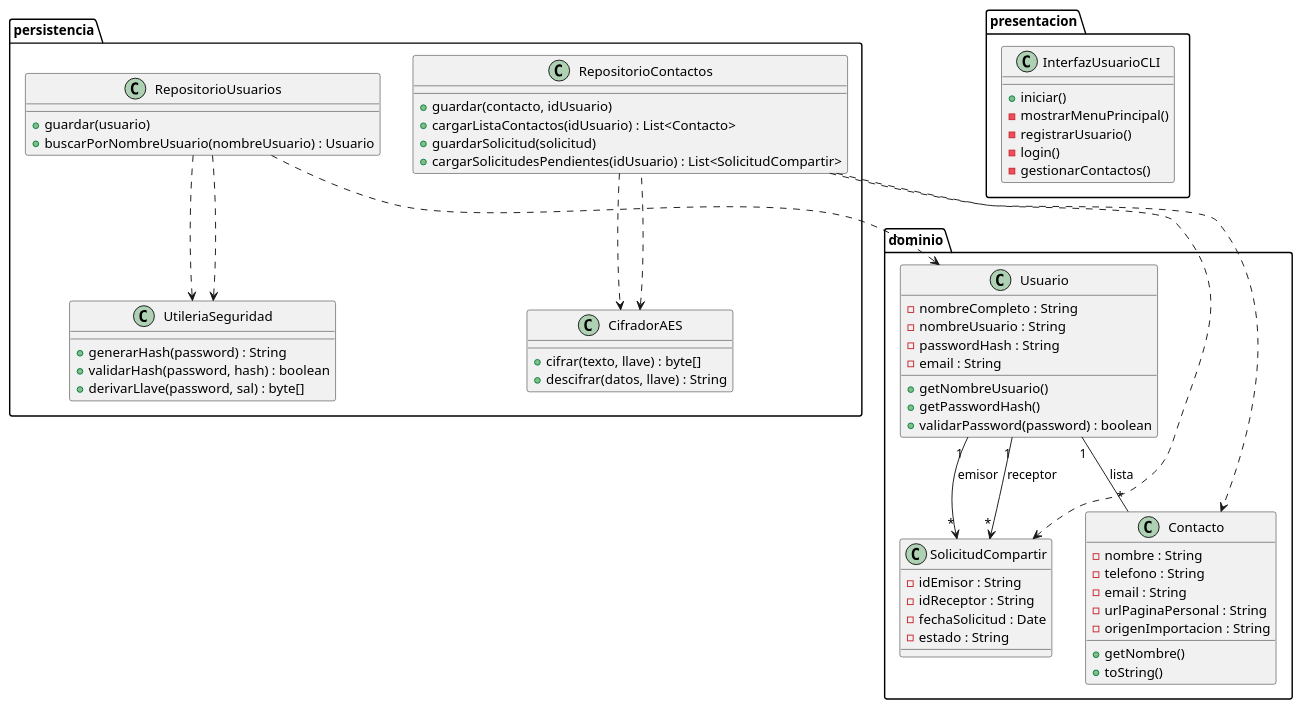
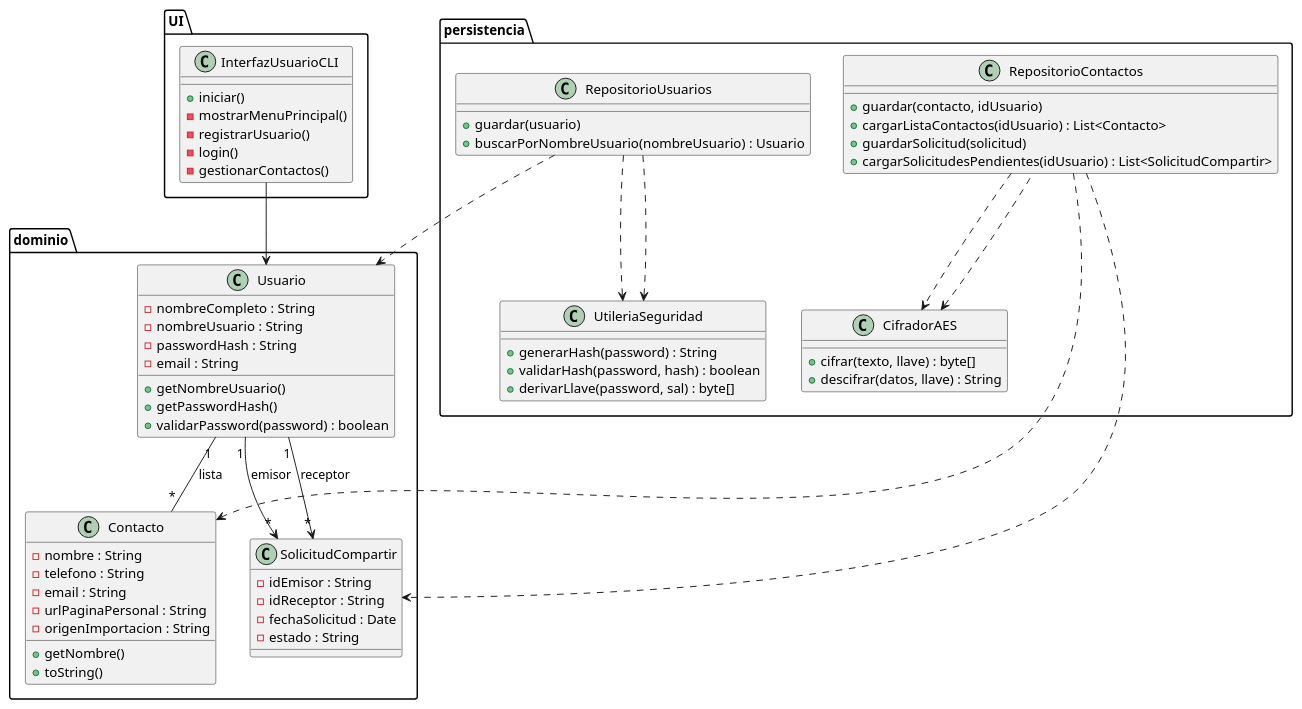
The diagram in Modelo_clases.puml (TheEbu10/Proyecto-Paradigmas), drawn with PlantUML before and after one commit. The commit also changed 3 other files, not shown here.

Commit message:
cambios a los diagramas: clases y paquetes

```diff
--- a/Modelo_clases.puml
+++ b/Modelo_clases.puml
@@ -1,83 +1,84 @@
 @startuml Clases
 ' Paquetes
 package dominio {
     class Usuario {
         - nombreCompleto : String
         - nombreUsuario : String
         - passwordHash : String
         - email : String
         + getNombreUsuario()
         + getPasswordHash()
         + validarPassword(password) : boolean
     }
 
     class Contacto {
         - nombre : String
         - telefono : String
         - email : String
         - urlPaginaPersonal : String
         - origenImportacion : String
         + getNombre()
         + toString()
     }
 
     class SolicitudCompartir {
         - idEmisor : String
         - idReceptor : String
         - fechaSolicitud : Date
         - estado : String
     }
 }
 
 package persistencia {
     class RepositorioUsuarios {
         + guardar(usuario)
         + buscarPorNombreUsuario(nombreUsuario) : Usuario
     }
 
     class RepositorioContactos {
         + guardar(contacto, idUsuario)
         + cargarListaContactos(idUsuario) : List<Contacto>
         + guardarSolicitud(solicitud)
         + cargarSolicitudesPendientes(idUsuario) : List<SolicitudCompartir>
     }
 
     class CifradorAES {
         + cifrar(texto, llave) : byte[]
         + descifrar(datos, llave) : String
     }
 
     class UtileriaSeguridad {
         + generarHash(password) : String
         + validarHash(password, hash) : boolean
         + derivarLlave(password, sal) : byte[]
     }
 
     RepositorioUsuarios ..> UtileriaSeguridad 
     RepositorioContactos ..> CifradorAES
 }
 
-package presentacion {
+package UI {
     class InterfazUsuarioCLI {
         + iniciar()
         - mostrarMenuPrincipal()
         - registrarUsuario()
         - login()
         - gestionarContactos()
     }
 }
 
 ' Relaciones de Clases
 Usuario "1" -- "*" Contacto : lista
 Usuario "1" --> "*" SolicitudCompartir : emisor
 Usuario "1" --> "*" SolicitudCompartir : receptor
+InterfazUsuarioCLI --> Usuario
 
 ' Relaciones de Implementación y Asociación
 RepositorioUsuarios ..> Usuario
 RepositorioContactos ..> Contacto
 RepositorioContactos ..> SolicitudCompartir
 
 CifradorAES <.. RepositorioContactos 
 UtileriaSeguridad <.. RepositorioUsuarios 
 
 @endumld
```
